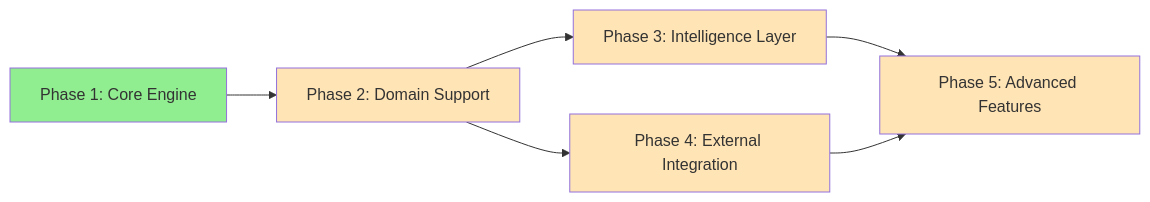
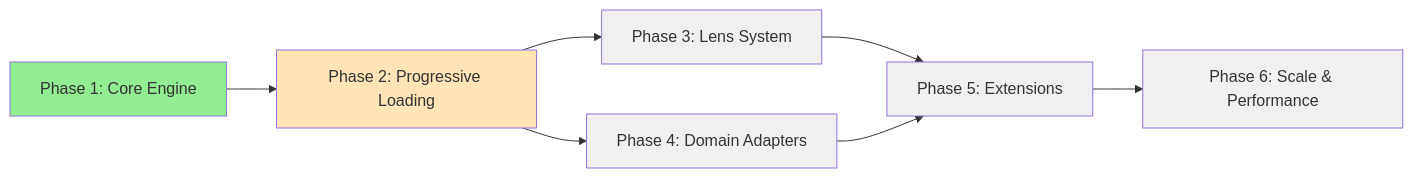
The diagram in context-network/planning/roadmap.md (jwynia/corticai), drawn with Mermaid before and after one commit. The commit also changed other lines of this file and 4 other files, not shown here.

````diff
--- a/context-network/planning/roadmap.md
+++ b/context-network/planning/roadmap.md
@@ -18,14 +18,16 @@
 ```mermaid
 graph LR
-    A[Phase 1: Core Engine] --> B[Phase 2: Domain Support]
-    B --> C[Phase 3: Intelligence Layer]
-    B --> D[Phase 4: External Integration]
-    C --> E[Phase 5: Advanced Features]
+    A[Phase 1: Core Engine] --> B[Phase 2: Progressive Loading]
+    B --> C[Phase 3: Lens System]
+    B --> D[Phase 4: Domain Adapters]
+    C --> E[Phase 5: Extensions]
     D --> E
-    
+    E --> F[Phase 6: Scale & Performance]
+
     style A fill:#90EE90
     style B fill:#FFE4B5
-    style C fill:#FFE4B5
-    style D fill:#FFE4B5
-    style E fill:#FFE4B5
+    style C fill:#F0F0F0
+    style D fill:#F0F0F0
+    style E fill:#F0F0F0
+    style F fill:#F0F0F0
 ```
````
